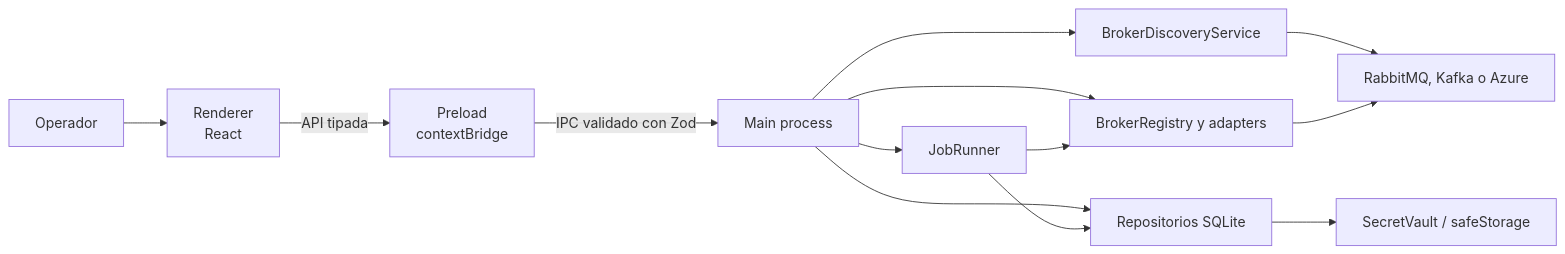
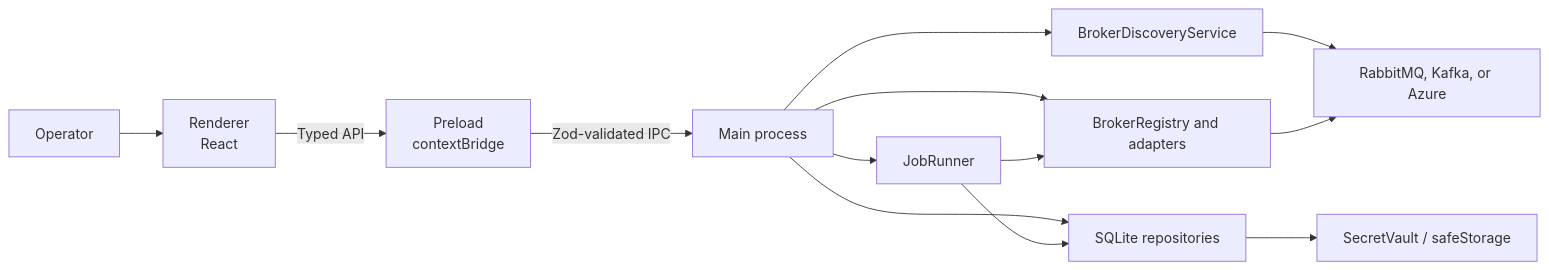
One commit to crisjar3/dlq-commander changed the first of 4 diagrams in docs/architecture.md. Above: the diagram before and after it, drawn with Mermaid. The commit also changed other lines of this file and 24 other files, not shown here.

````diff
--- a/docs/architecture.md
+++ b/docs/architecture.md
@@ -7,15 +7,15 @@
 ```mermaid
 flowchart LR
-    O["Operador"] --> R["Renderer<br/>React"]
-    R -->|"API tipada"| P["Preload<br/>contextBridge"]
-    P -->|"IPC validado con Zod"| M["Main process"]
+    O["Operator"] --> R["Renderer<br/>React"]
+    R -->|"Typed API"| P["Preload<br/>contextBridge"]
+    P -->|"Zod-validated IPC"| M["Main process"]
     M --> D["BrokerDiscoveryService"]
     M --> J["JobRunner"]
-    M --> B["BrokerRegistry y adapters"]
-    M --> Q["Repositorios SQLite"]
+    M --> B["BrokerRegistry and adapters"]
+    M --> Q["SQLite repositories"]
     Q --> V["SecretVault / safeStorage"]
-    D --> X["RabbitMQ, Kafka o Azure"]
+    D --> X["RabbitMQ, Kafka, or Azure"]
     B --> X
     J --> B
     J --> Q
 ```
````
